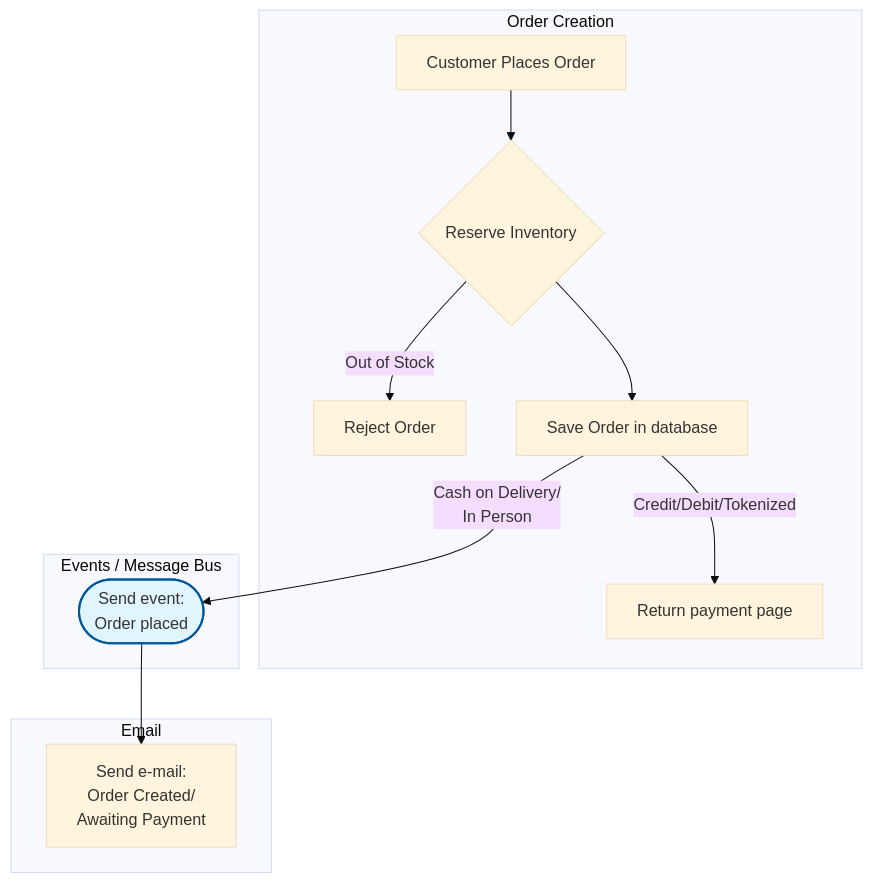
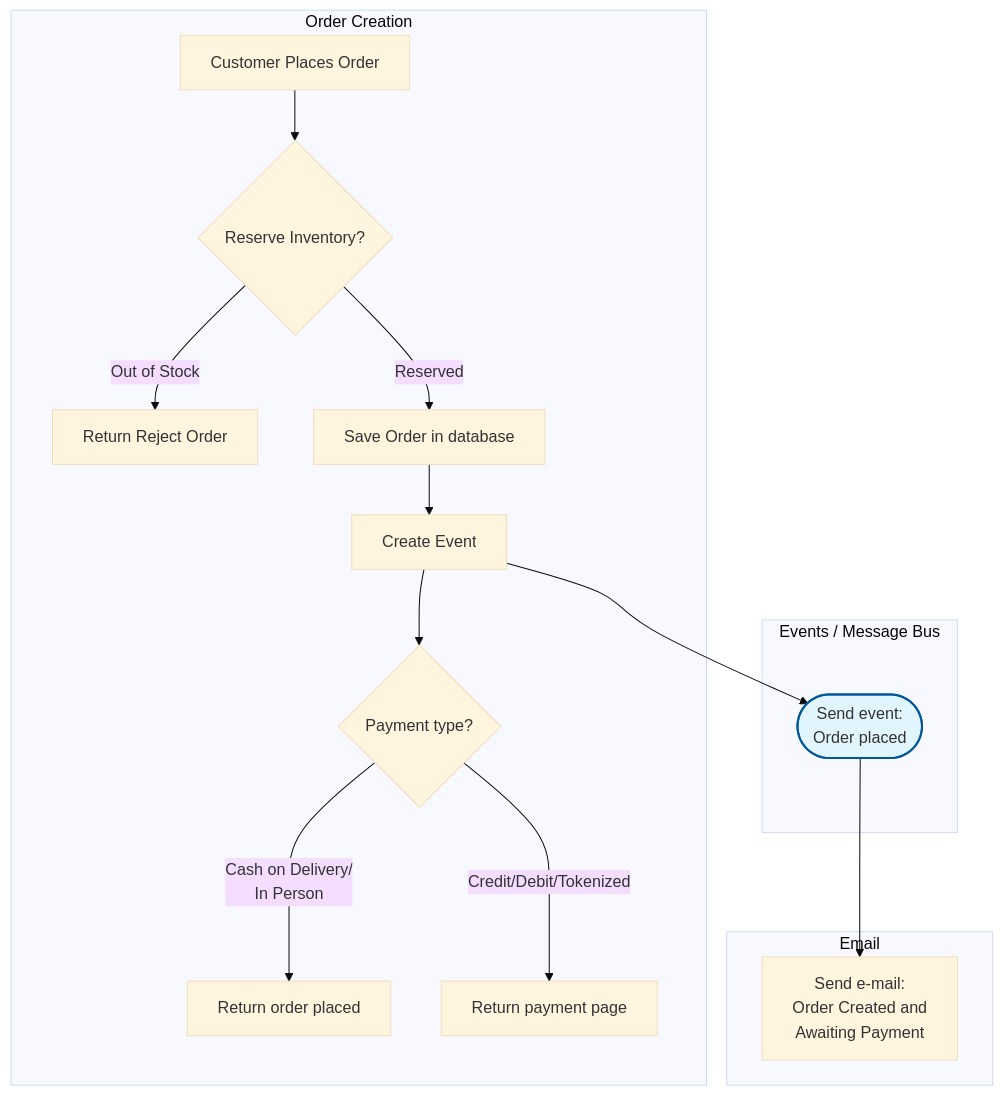
One commit to RobertoFreireDev/Order-Management changed the first of 4 diagrams in README.md. Above: the diagram before and after it, drawn with Mermaid (base theme). The commit also changed other lines of this file, not shown here.

Commit message:
clean up flows

````diff
--- a/README.md
+++ b/README.md
@@ -5,31 +5,33 @@
 ```mermaid
 flowchart TD
     %% Subgraph Styling
     classDef event fill:#e1f5fe,stroke:#01579b,stroke-width:2px;
     classDef logic fill:#f5f5f5,stroke:#333,stroke-width:1px;
     classDef fulfill fill:#fff3e0,stroke:#ef6c00,stroke-width:1px;
     classDef note fill:#f9fbe7,stroke:#827717,stroke-width:1px;
 
     subgraph Order_Creation [Order Creation]
-        A[Customer Places Order] --> B{Reserve Inventory}
-        B -->|Out of Stock| C[Reject Order]
-        B --> D[Save Order in database]
-        
-        D --> |"Credit/Debit/Tokenized"| E1[Return payment page]
+        A[Customer Places Order] --> B{Reserve Inventory?}
+        B -->|Out of Stock| C[Return Reject Order]
+        B --> |Reserved| D[Save Order in database]
+        D --> D1[Create Event]
+        D1 --> D2{Payment type?}
+        D2--> |"Cash on Delivery/<br/>In Person"| D3[Return order placed]
+        D2 --> |"Credit/Debit/Tokenized"| E1[Return payment page]
     end
 
     subgraph Events [Events / Message Bus]
         H([Send event:<br/>Order placed])
     end
 
     subgraph Email [Email]
-        I[Send e-mail: <br/>Order Created/<br/>Awaiting Payment]
+        I[Send e-mail: <br/>Order Created and<br/>Awaiting Payment]
     end
 
     %% Logic to Events
     H --> I
-    D --> |"Cash on Delivery/<br/>In Person"| H
+    D1 --> H
 
     %% Class Assignments
     class H event;
 ```
````
